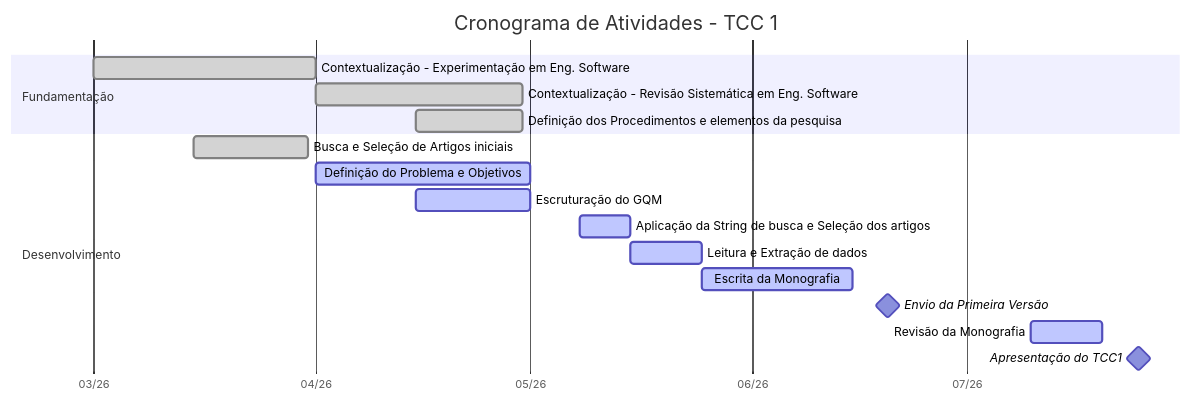
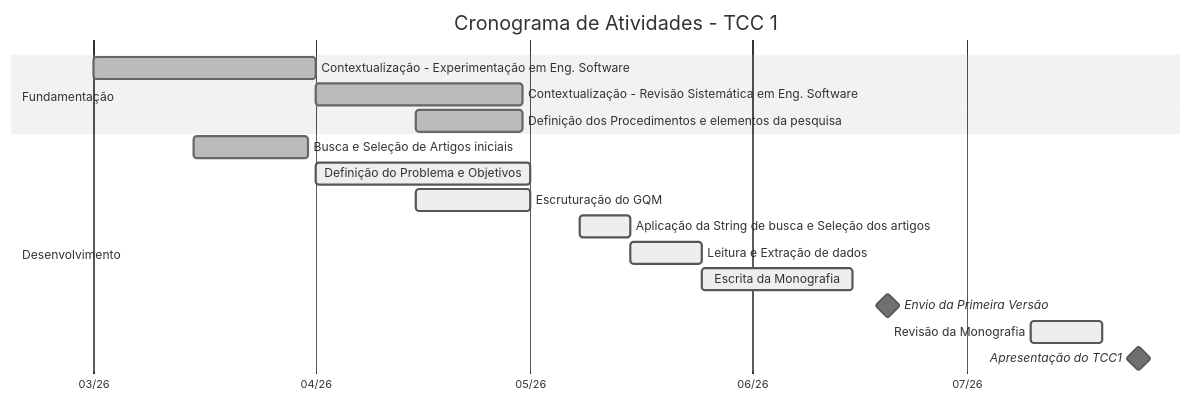
One commit to storch7/TCC_gstorch changed the diagram in CRONOGRAMA.md. Above: the diagram before and after it, drawn with Mermaid.

Commit message:
Readequação do gantt

````diff
--- a/CRONOGRAMA.md
+++ b/CRONOGRAMA.md
@@ -9,22 +9,23 @@
 ```mermaid
+%%{init: {'theme': 'neutral'}}%%
 gantt
     title Cronograma de Atividades - TCC 1
     dateFormat  YYYY-MM-DD
     axisFormat  %m/%y
     
     section Fundamentação
     Contextualização - Experimentação em Eng. Software     :done, a1, 2026-03-01, 2026-04-01
     Contextualização - Revisão Sistemática em Eng. Software     :done, a2, 2026-04-01, 2026-04-30
     Definição dos Procedimentos e elementos da pesquisa   :done, a3, 2026-04-15, 2026-04-30
 
     section Desenvolvimento
     Busca e Seleção de Artigos iniciais           :done, b1, 2026-03-15, 2026-03-31
     Definição do Problema e Objetivos    :active, b2, 2026-04-01, 2026-05-01
     Escruturação do GQM                  :active, b3, 2026-04-15, 2026-05-01
     Aplicação da String de busca e Seleção dos artigos          :active, c1, 2026-05-08, 2026-05-15
     Leitura e Extração de dados                     :active, c2, 2026-05-15, 2026-05-25
     Escrita da Monografia                :active, c3, 2026-05-25, 2026-06-15
     Envio da Primeira Versão             :milestone, m1, 2026-06-20, 0d
     Revisão da Monografia          :active, c4, 2026-07-10, 2026-07-20
     Apresentação do TCC1                 :milestone, m2, 2026-07-25, 0d
 ```
````
